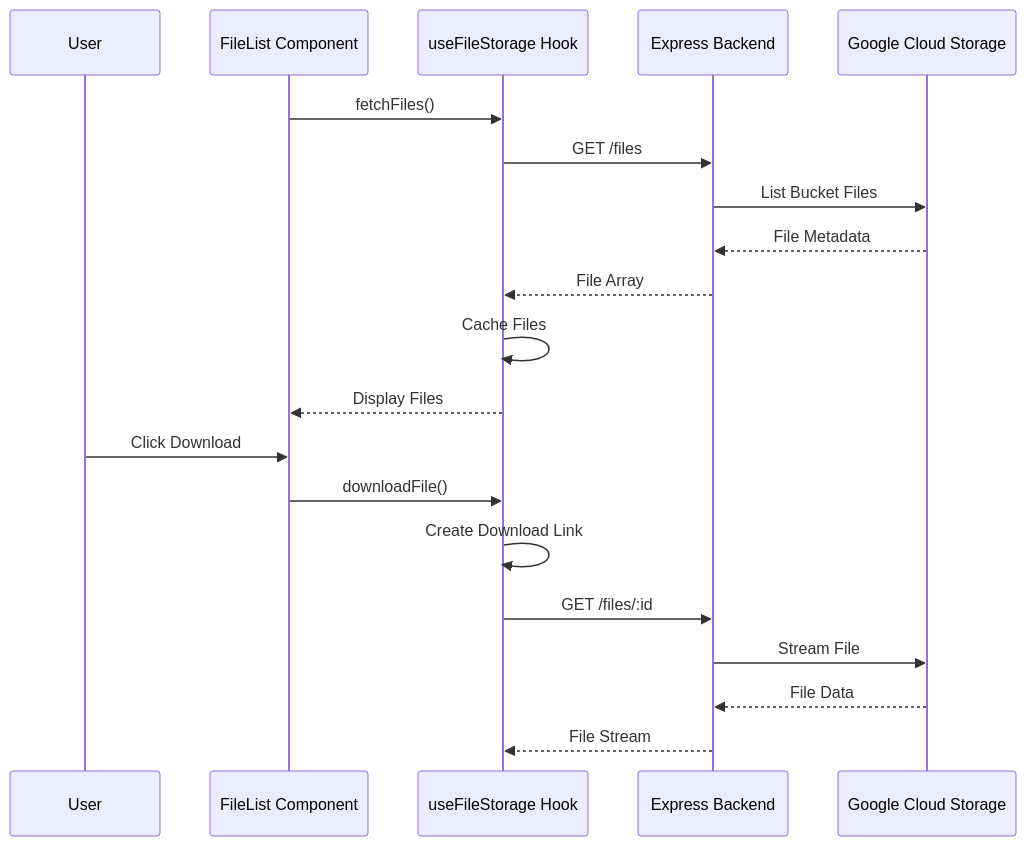
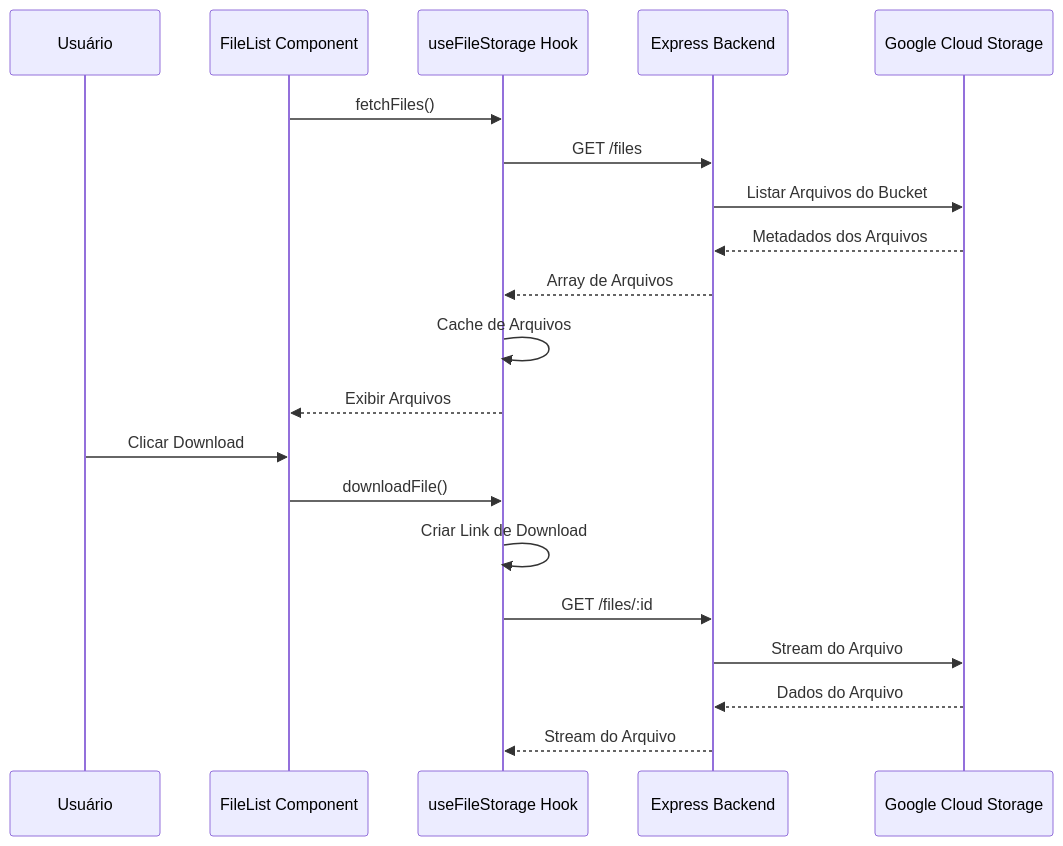
The fifth of 5 diagrams in docs/architecture.md (igorgcampos/dreamy-file-garden), drawn with Mermaid before and after one commit. The commit also changed other lines of this file and 12 other files, not shown here.

````diff
--- a/docs/architecture.md
+++ b/docs/architecture.md
@@ -174,24 +174,24 @@
 ```mermaid
 sequenceDiagram
-    participant U as User
+    participant U as Usuário
     participant FL as FileList Component
     participant H as useFileStorage Hook
     participant API as Express Backend
     participant GCS as Google Cloud Storage
     
     FL->>H: fetchFiles()
     H->>API: GET /files
-    API->>GCS: List Bucket Files
-    GCS-->>API: File Metadata
-    API-->>H: File Array
-    H->>H: Cache Files
-    H-->>FL: Display Files
+    API->>GCS: Listar Arquivos do Bucket
+    GCS-->>API: Metadados dos Arquivos
+    API-->>H: Array de Arquivos
+    H->>H: Cache de Arquivos
+    H-->>FL: Exibir Arquivos
     
-    U->>FL: Click Download
+    U->>FL: Clicar Download
     FL->>H: downloadFile()
-    H->>H: Create Download Link
+    H->>H: Criar Link de Download
     H->>API: GET /files/:id
-    API->>GCS: Stream File
-    GCS-->>API: File Data
-    API-->>H: File Stream
+    API->>GCS: Stream do Arquivo
+    GCS-->>API: Dados do Arquivo
+    API-->>H: Stream do Arquivo
 ```
````
